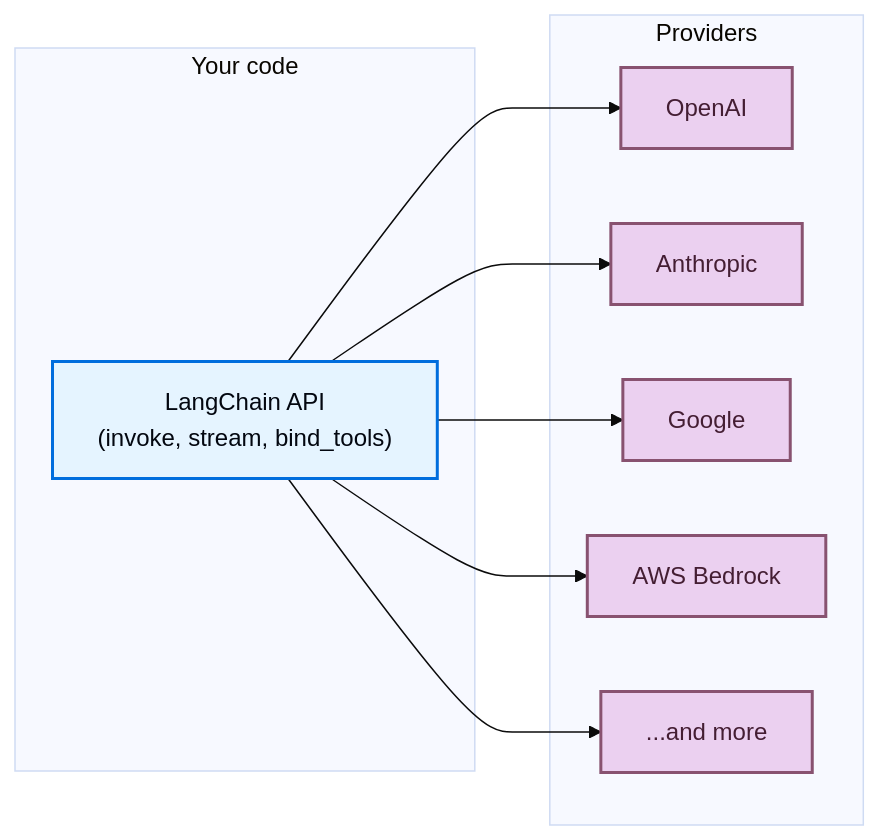
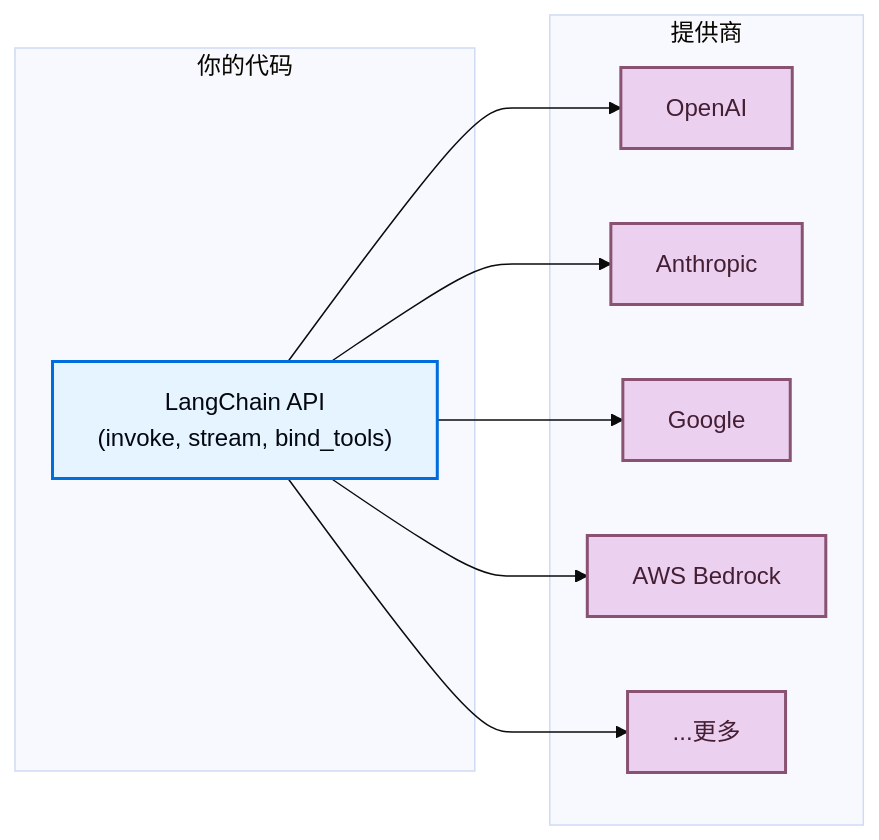
One commit to CodeFly16/langchain-cn-doc changed the diagram in oss/javascript/concepts/providers-and-models.mdx. Above: the diagram before and after it, drawn with Mermaid (base theme). The commit also changed other lines of this file and 106 other files, not shown here.

````diff
--- a/oss/javascript/concepts/providers-and-models.mdx
+++ b/oss/javascript/concepts/providers-and-models.mdx
@@ -8,26 +8,26 @@
 ```mermaid
 graph LR
-    subgraph "Your code"
+    subgraph "你的代码"
         A["LangChain API<br/>(invoke, stream, bind_tools)"]
     end
 
-    subgraph "Providers"
+    subgraph "提供商"
         B["OpenAI"]
         C["Anthropic"]
         D["Google"]
         E["AWS Bedrock"]
-        F["...and more"]
+        F["...更多"]
     end
 
     A --> B
     A --> C
     A --> D
     A --> E
     A --> F
 
     classDef code fill:#E5F4FF,stroke:#006DDD,stroke-width:2px,color:#030710
     classDef provider fill:#EBD0F0,stroke:#885270,stroke-width:2px,color:#441E33
 
     class A code
     class B,C,D,E,F provider
 ```
````
